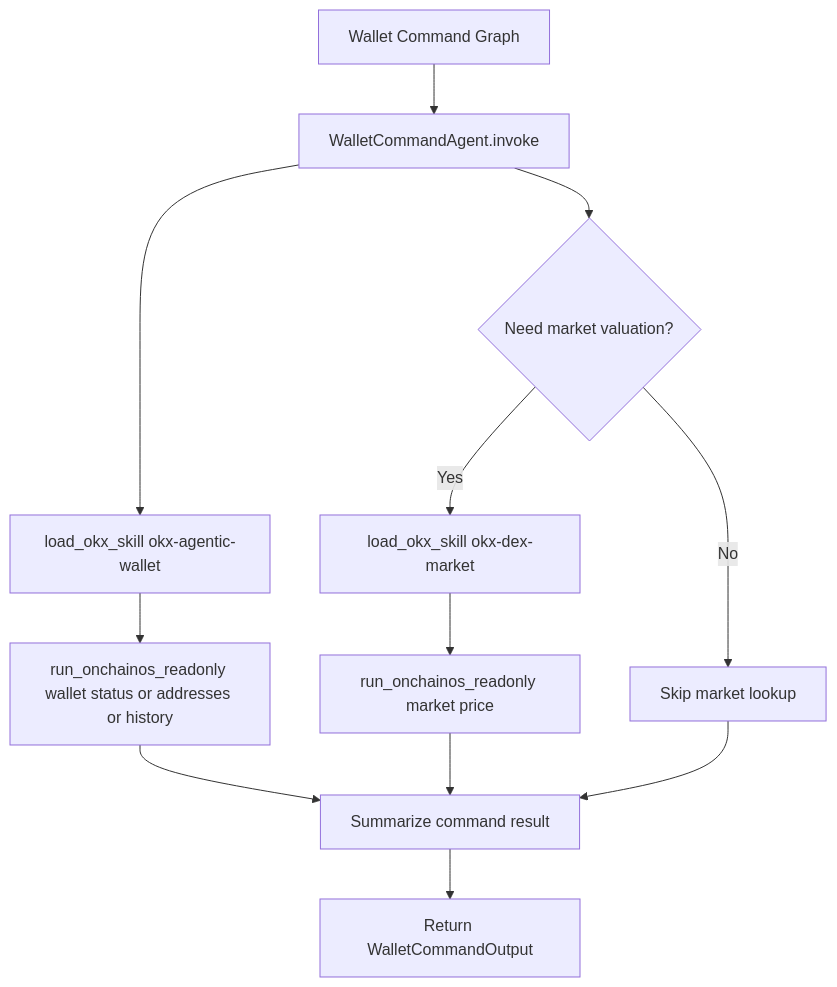
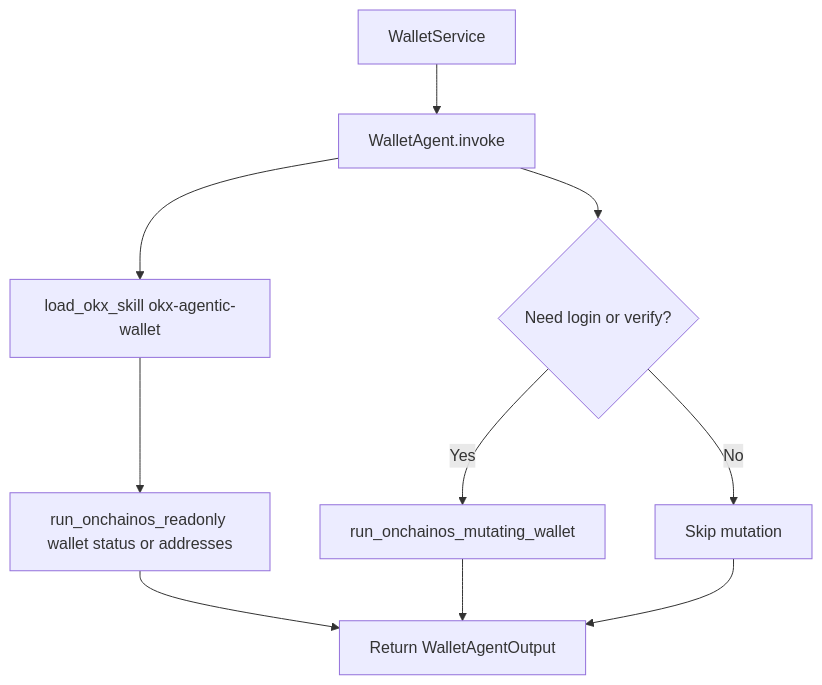
Before and after one commit to gist-kol-copy-trade-agent/agent-system: the fifth of 8 diagrams in architecture/agent-skill-runtime.md, drawn with Mermaid. The commit also changed other lines of this file and 31 other files, not shown here.

````diff
--- a/architecture/agent-skill-runtime.md
+++ b/architecture/agent-skill-runtime.md
@@ -178,14 +175,12 @@
 ```mermaid
 flowchart TD
-    A[Wallet Command Graph] --> B[WalletCommandAgent.invoke]
+    A[WalletService] --> B[WalletAgent.invoke]
     B --> C[load_okx_skill okx-agentic-wallet]
-    C --> D[run_onchainos_readonly wallet status or addresses or history]
-    B --> E{Need market valuation?}
-    E -- Yes --> F[load_okx_skill okx-dex-market]
-    F --> G[run_onchainos_readonly market price]
-    E -- No --> H[Skip market lookup]
-    D --> I[Summarize command result]
-    G --> I
-    H --> I
-    I --> J[Return WalletCommandOutput]
+    C --> D[run_onchainos_readonly wallet status or addresses]
+    B --> E{Need login or verify?}
+    E -- Yes --> F[run_onchainos_mutating_wallet]
+    E -- No --> G[Skip mutation]
+    D --> H[Return WalletAgentOutput]
+    F --> H
+    G --> H
 ```
````
